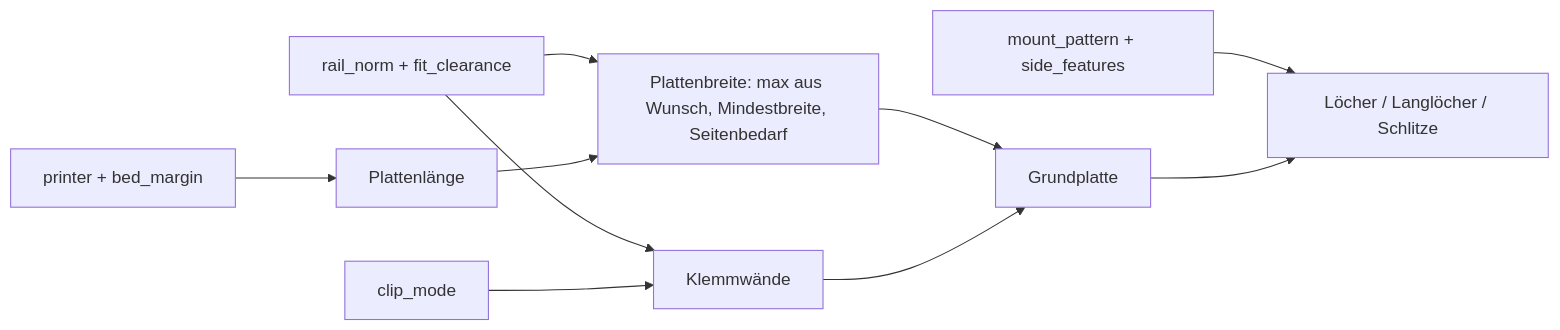
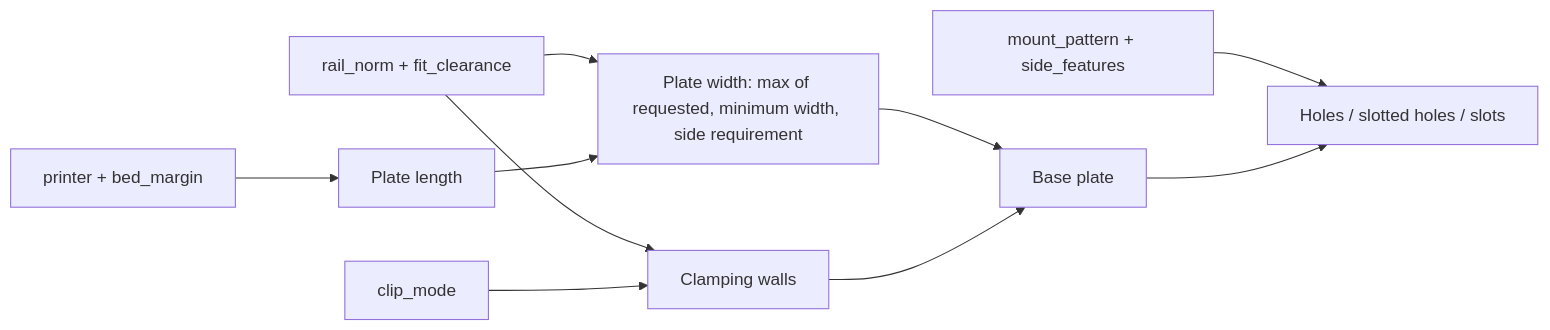
The diagram in models/parametric-din-rail-adapter/README.md (BetaHydri/parametric-cad-models), drawn with Mermaid before and after one commit. The commit also changed other lines of this file and 57 other files, not shown here.

````diff
--- a/models/parametric-din-rail-adapter/README.md
+++ b/models/parametric-din-rail-adapter/README.md
@@ -249,12 +248,12 @@
 ```mermaid
 flowchart LR
-    N[rail_norm + fit_clearance] --> K[Klemmwände]
+    N[rail_norm + fit_clearance] --> K[Clamping walls]
     M[clip_mode] --> K
-    N --> P[Plattenbreite: max aus Wunsch, Mindestbreite, Seitenbedarf]
-    S[printer + bed_margin] --> L[Plattenlänge]
+    N --> P[Plate width: max of requested, minimum width, side requirement]
+    S[printer + bed_margin] --> L[Plate length]
     L --> P
-    P --> G[Grundplatte]
+    P --> G[Base plate]
     K --> G
-    F[mount_pattern + side_features] --> D[Löcher / Langlöcher / Schlitze]
+    F[mount_pattern + side_features] --> D[Holes / slotted holes / slots]
     G --> D
 ```
````
